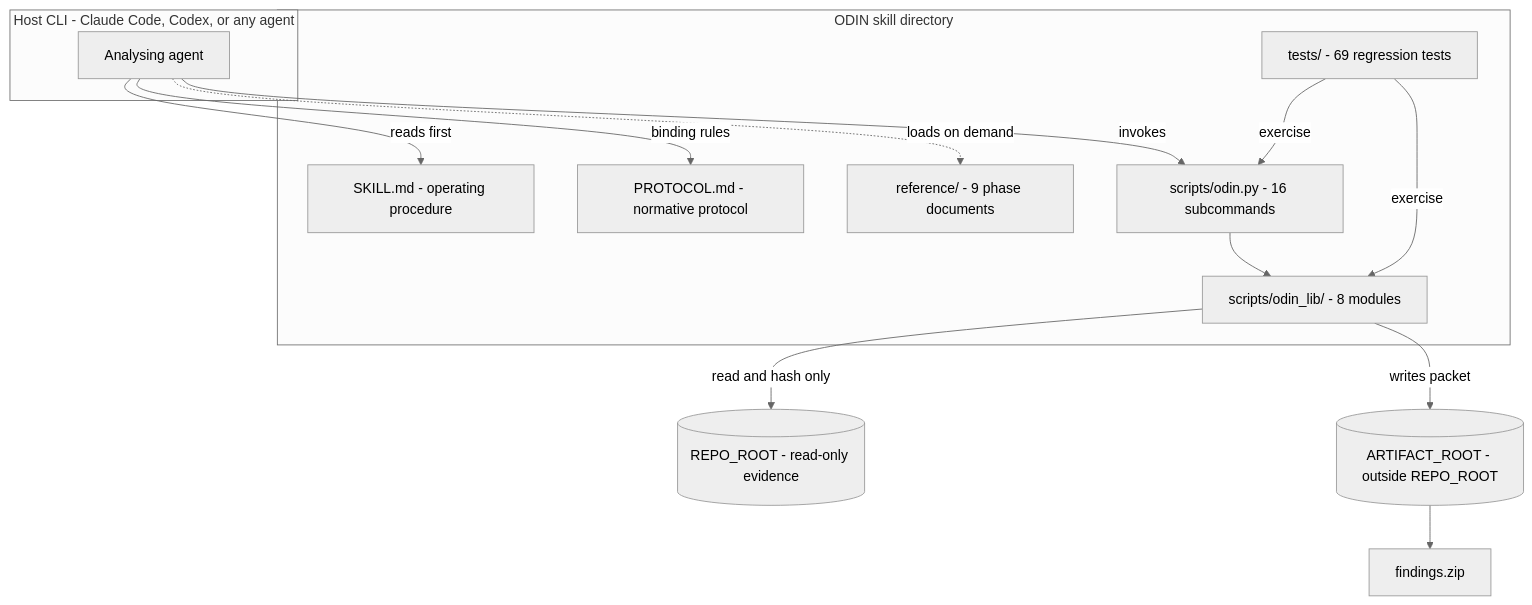
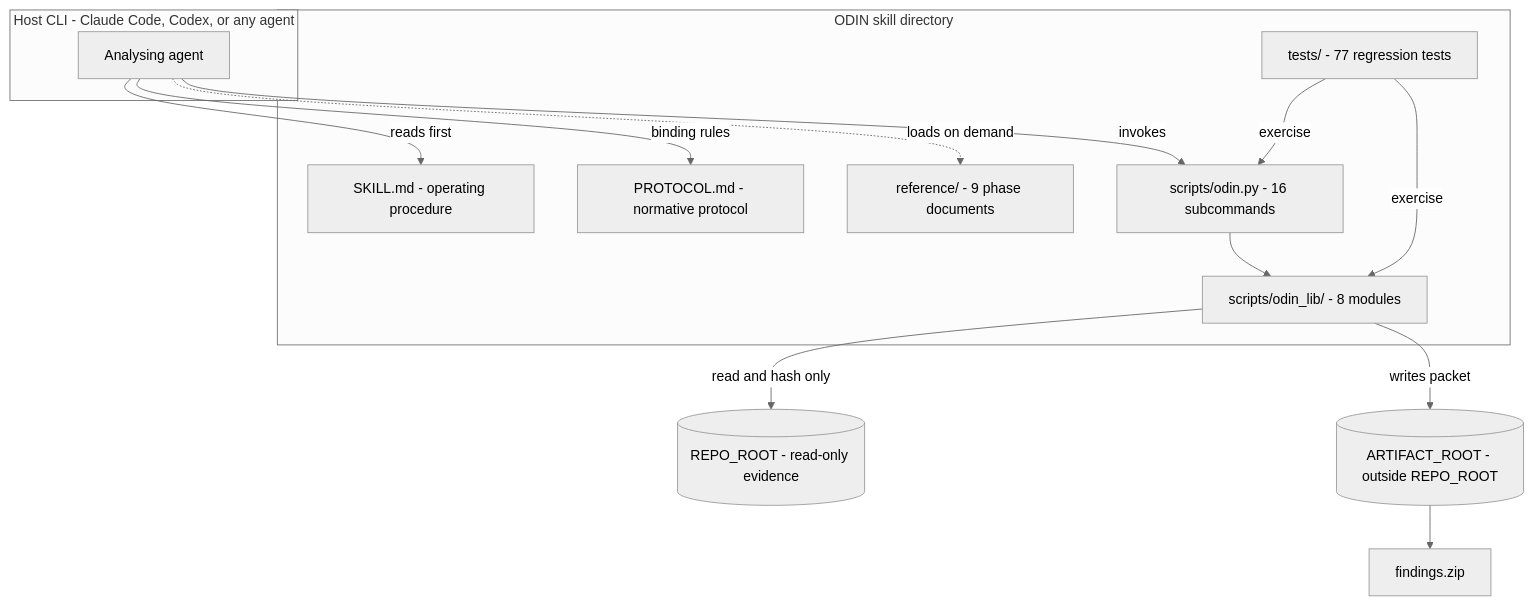
One commit to nullcromancer/null.odin changed the second of 3 diagrams in README.md. Above: the diagram before and after it, drawn with Mermaid (neutral theme). The commit also changed other lines of this file and 22 other files, not shown here.

````diff
--- a/README.md
+++ b/README.md
@@ -128,30 +417,30 @@
 ```mermaid
 graph TD
   subgraph host["Host CLI - Claude Code, Codex, or any agent"]
     agent["Analysing agent"]
   end
 
   subgraph skill["ODIN skill directory"]
     skillmd["SKILL.md - operating procedure"]
     protocol["PROTOCOL.md - normative protocol"]
     ref["reference/ - 9 phase documents"]
     cli["scripts/odin.py - 16 subcommands"]
     lib["scripts/odin_lib/ - 8 modules"]
-    tests["tests/ - 69 regression tests"]
+    tests["tests/ - 77 regression tests"]
   end
 
   repo[("REPO_ROOT - read-only evidence")]
   artifact[("ARTIFACT_ROOT - outside REPO_ROOT")]
   zip["findings.zip"]
 
   agent -->|reads first| skillmd
   agent -->|binding rules| protocol
   agent -.->|loads on demand| ref
   agent -->|invokes| cli
   cli --> lib
   tests -->|exercise| lib
   tests -->|exercise| cli
   lib -->|read and hash only| repo
   lib -->|writes packet| artifact
   artifact --> zip
 ```
````
